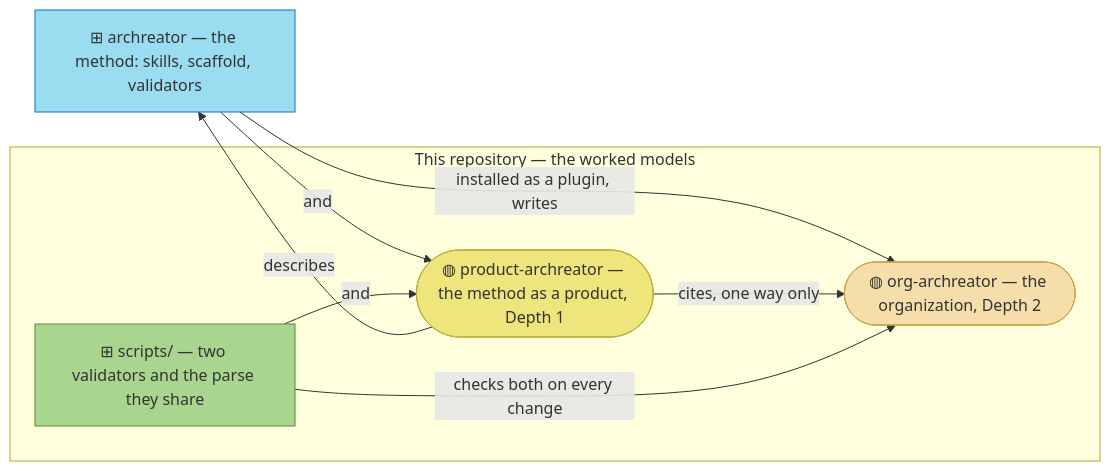
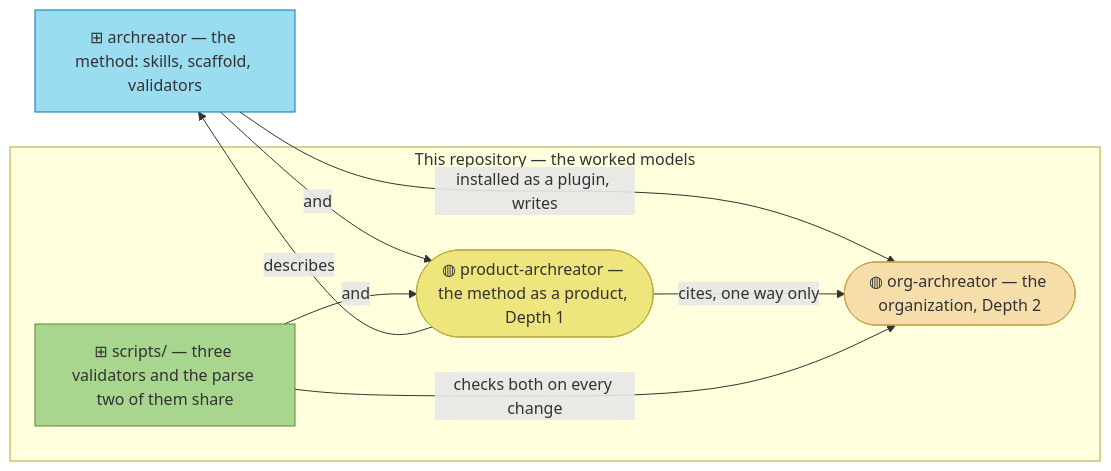
The diagram in README.md (roanboc/architecture-archreator), drawn with Mermaid before and after one commit. The commit also changed other lines of this file and 38 other files, not shown here.

````diff
--- a/README.md
+++ b/README.md
@@ -8,22 +8,22 @@
 ```mermaid
 flowchart LR
   method["⊞ archreator — the method: skills, scaffold, validators"]:::ext
 
   subgraph repo["This repository — the worked models"]
     org(["◍ org-archreator — the organization, Depth 2"]):::org
     prod(["◍ product-archreator — the method as a product, Depth 1"]):::prod
-    scripts["⊞ scripts/ — two validators and the parse they share"]:::tool
+    scripts["⊞ scripts/ — three validators and the parse two of them share"]:::tool
   end
 
   method -->|installed as a plugin, writes| org
   method -->|and| prod
   prod -->|cites, one way only| org
   scripts -->|checks both on every change| org
   scripts -->|and| prod
   prod -->|describes| method
 
   classDef ext fill:#9adcf0,stroke:#0277bd,color:#333
   classDef org fill:#f5deaa,stroke:#c8a24a,color:#333
   classDef prod fill:#efe57d,stroke:#b8ad3f,color:#333
   classDef tool fill:#a9d68f,stroke:#558b2f,color:#333
 ```
````
